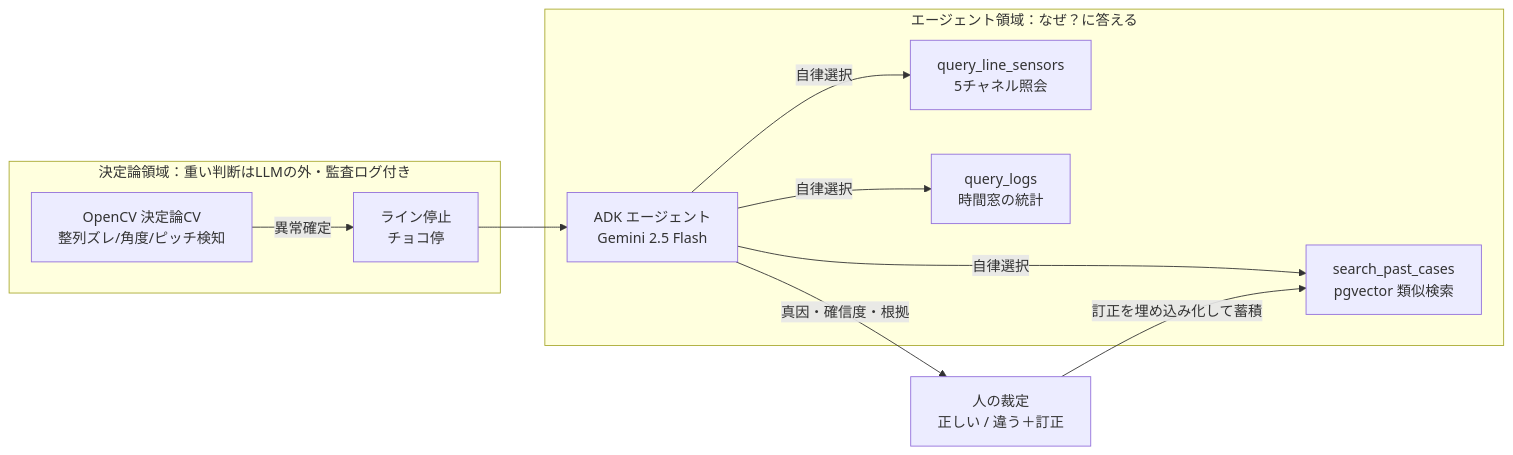
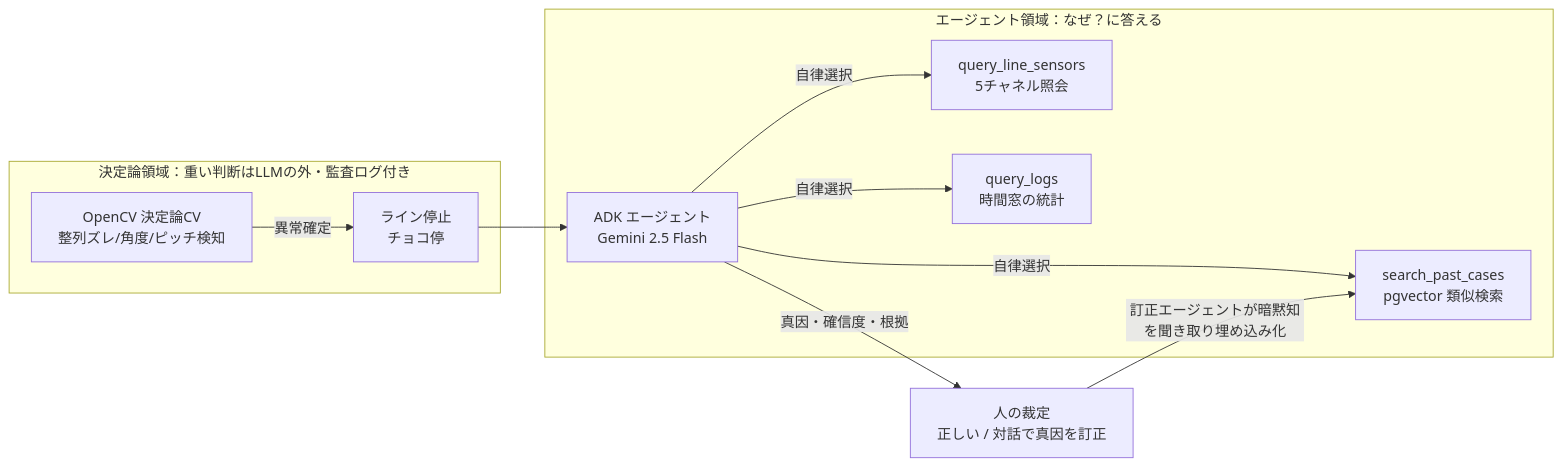
One commit to ai-club-lab/e-andon changed the first of 2 diagrams in README.md. Above: the diagram before and after it, drawn with Mermaid. The commit also changed other lines of this file and 6 other files, not shown here.

First line of the commit message:
feat(agent+dashboard): conversational HITL correction to capture tacit knowledge

````diff
--- a/README.md
+++ b/README.md
@@ -29,14 +29,14 @@
 ```mermaid
 flowchart LR
     subgraph DOM1["決定論領域：重い判断はLLMの外・監査ログ付き"]
         CV[OpenCV 決定論CV<br>整列ズレ/角度/ピッチ検知] -->|異常確定| STOP[ライン停止<br>チョコ停]
     end
     STOP --> AGENT
     subgraph DOM2["エージェント領域：なぜ？に答える"]
         AGENT[ADK エージェント<br>Gemini 2.5 Flash] -->|自律選択| T1[query_line_sensors<br>5チャネル照会]
         AGENT -->|自律選択| T2[query_logs<br>時間窓の統計]
         AGENT -->|自律選択| T3[search_past_cases<br>pgvector 類似検索]
     end
-    AGENT -->|真因・確信度・根拠| HITL[人の裁定<br>正しい / 違う＋訂正]
-    HITL -->|訂正を埋め込み化して蓄積| T3
+    AGENT -->|真因・確信度・根拠| HITL[人の裁定<br>正しい / 対話で真因を訂正]
+    HITL -->|訂正エージェントが暗黙知を聞き取り埋め込み化| T3
 ```
````
